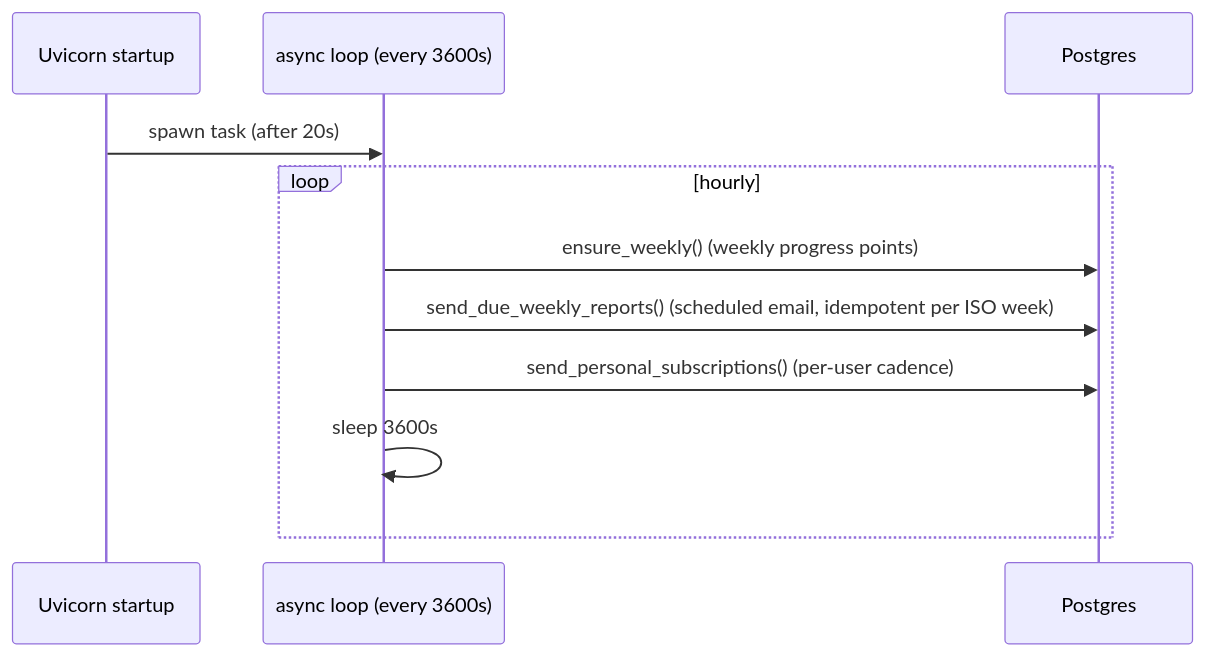
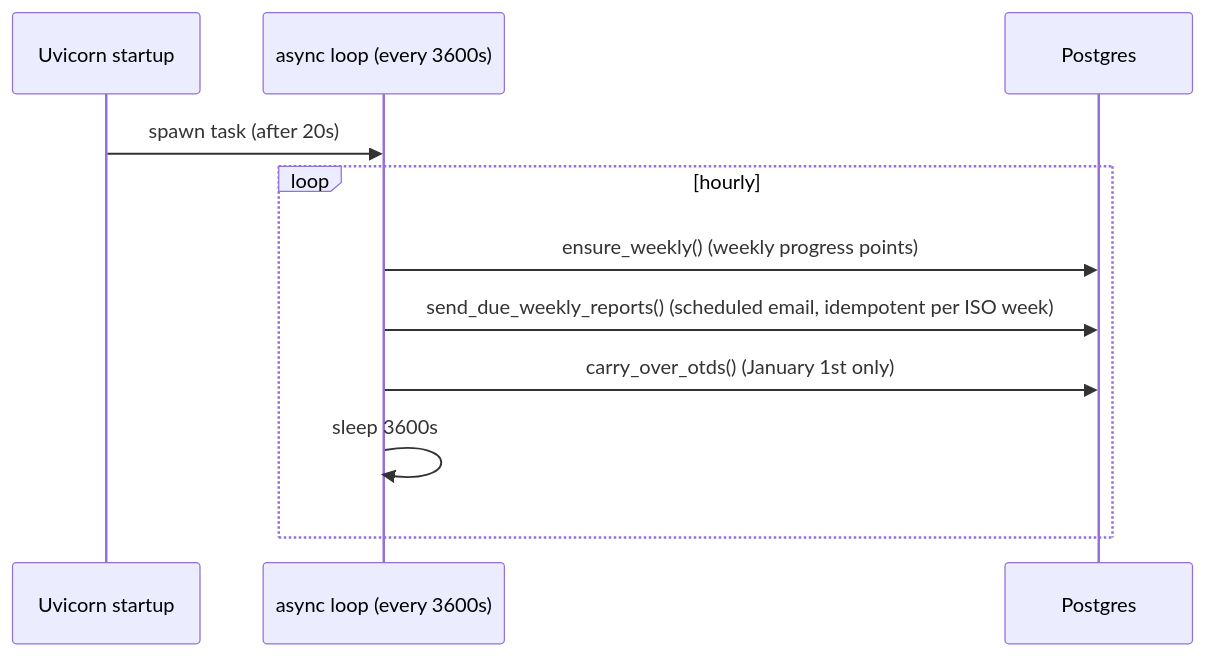
Before and after one commit to Mehdi-Zar/TeamFollowUP: the fourth of 5 diagrams in docs/02-architecture.md, drawn with Mermaid. The commit also changed other lines of this file and 49 other files, not shown here.

````diff
--- a/docs/02-architecture.md
+++ b/docs/02-architecture.md
@@ -111,13 +111,13 @@
 ```mermaid
 sequenceDiagram
   participant U as Uvicorn startup
   participant L as async loop (every 3600s)
   participant DB as Postgres
   U->>L: spawn task (after 20s)
   loop hourly
     L->>DB: ensure_weekly() (weekly progress points)
     L->>DB: send_due_weekly_reports() (scheduled email, idempotent per ISO week)
-    L->>DB: send_personal_subscriptions() (per-user cadence)
+    L->>DB: carry_over_otds() (January 1st only)
     L->>L: sleep 3600s
   end
 ```
````
